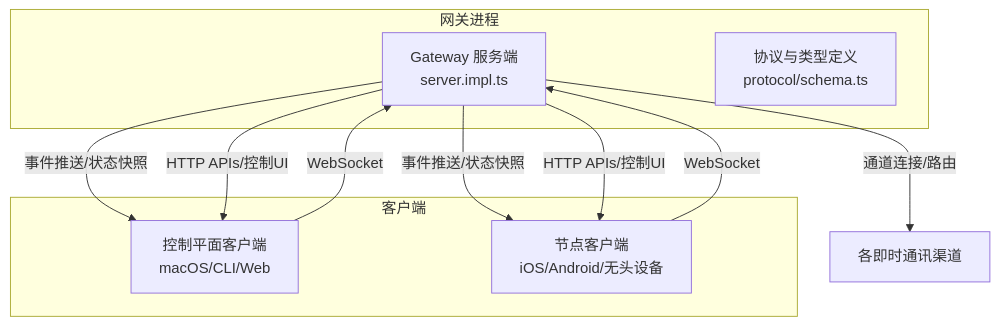
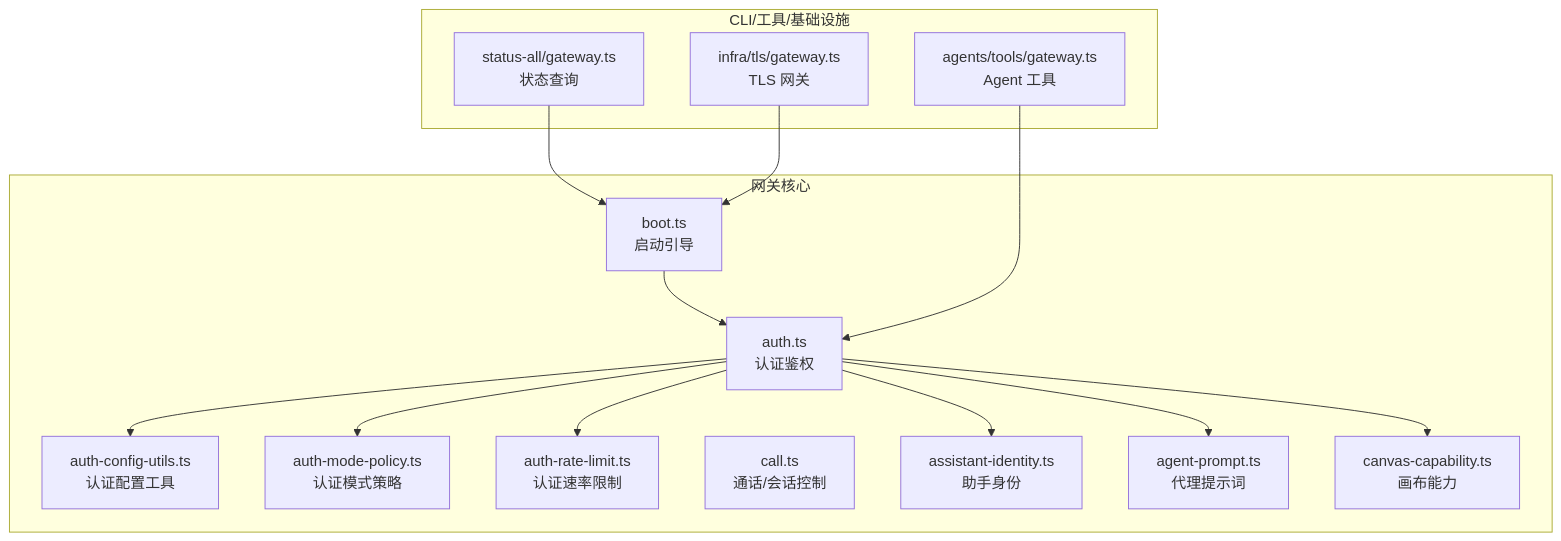
The first of 5 diagrams in repowiki/zh/content/核心概念/网关架构.md (botx-work/OpenClaw-Internals), drawn with Mermaid before and after one commit. The commit also changed other lines of this file and 542 other files, not shown here.

````diff
--- a/repowiki/zh/content/核心概念/网关架构.md
+++ b/repowiki/zh/content/核心概念/网关架构.md
@@ -43,18 +62,29 @@
 ```mermaid
 graph TB
-subgraph "网关进程"
-GW["Gateway 服务端<br/>server.impl.ts"]
-SCHEMA["协议与类型定义<br/>protocol/schema.ts"]
+subgraph "网关核心"
+BOOT["boot.ts<br/>启动引导"]
+AUTH["auth.ts<br/>认证鉴权"]
+CFG["auth-config-utils.ts<br/>认证配置工具"]
+MODE["auth-mode-policy.ts<br/>认证模式策略"]
+RL["auth-rate-limit.ts<br/>认证速率限制"]
+CALL["call.ts<br/>通话/会话控制"]
+ID["assistant-identity.ts<br/>助手身份"]
+PROMPT["agent-prompt.ts<br/>代理提示词"]
+CANVAS["canvas-capability.ts<br/>画布能力"]
 end
-subgraph "客户端"
-OP["控制平面客户端<br/>macOS/CLI/Web"]
-NODE["节点客户端<br/>iOS/Android/无头设备"]
+subgraph "CLI/工具/基础设施"
+CLI_STATUS["status-all/gateway.ts<br/>状态查询"]
+AGENT_TOOL["agents/tools/gateway.ts<br/>Agent 工具"]
+TLS["infra/tls/gateway.ts<br/>TLS 网关"]
 end
-OP --> |"WebSocket"| GW
-NODE --> |"WebSocket"| GW
-GW --> |"事件推送/状态快照"| OP
-GW --> |"事件推送/状态快照"| NODE
-GW --> |"HTTP APIs/控制UI"| OP
-GW --> |"HTTP APIs/控制UI"| NODE
-GW --> |"通道连接/路由"| CHAT["各即时通讯渠道"]
+BOOT --> AUTH
+AUTH --> CFG
+AUTH --> MODE
+AUTH --> RL
+AUTH --> ID
+AUTH --> PROMPT
+AUTH --> CANVAS
+CLI_STATUS --> BOOT
+AGENT_TOOL --> AUTH
+TLS --> BOOT
 ```
````
